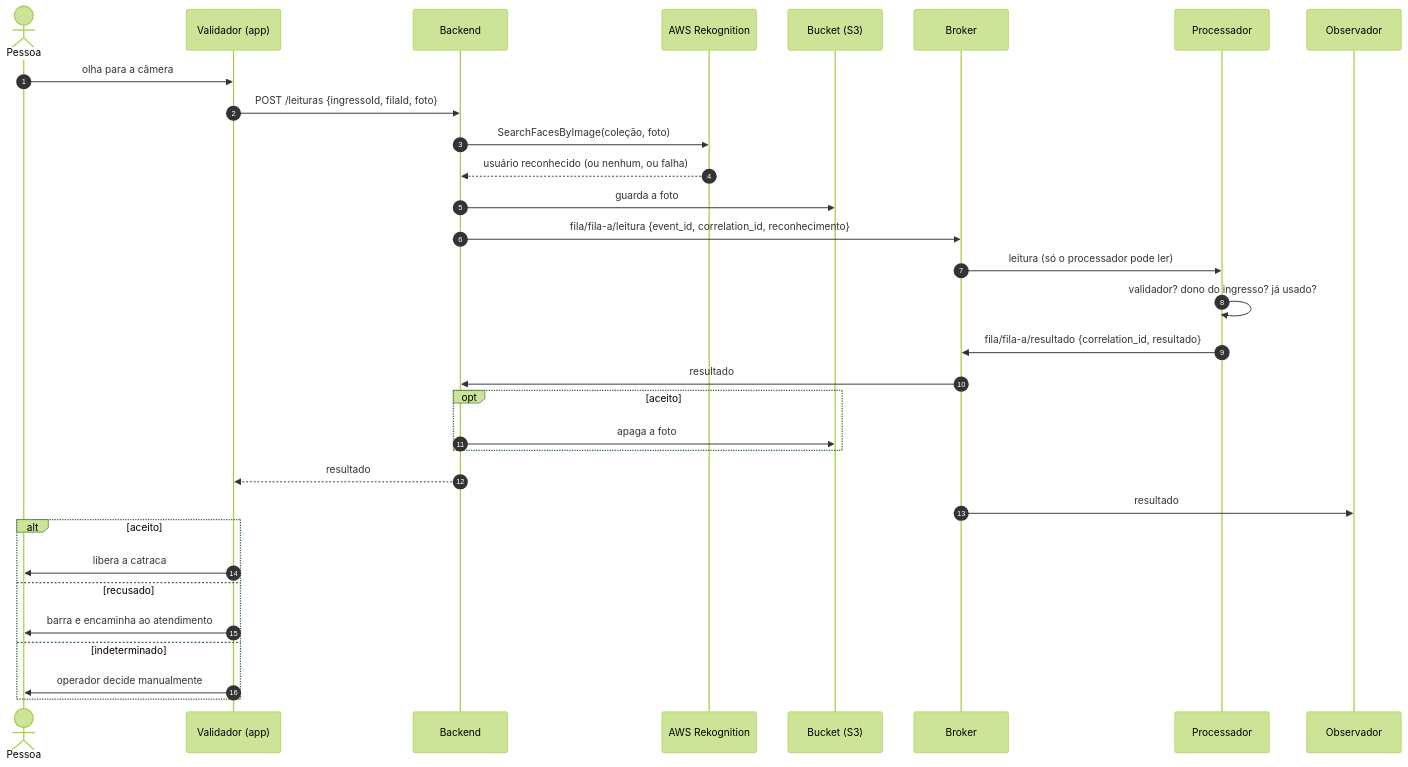
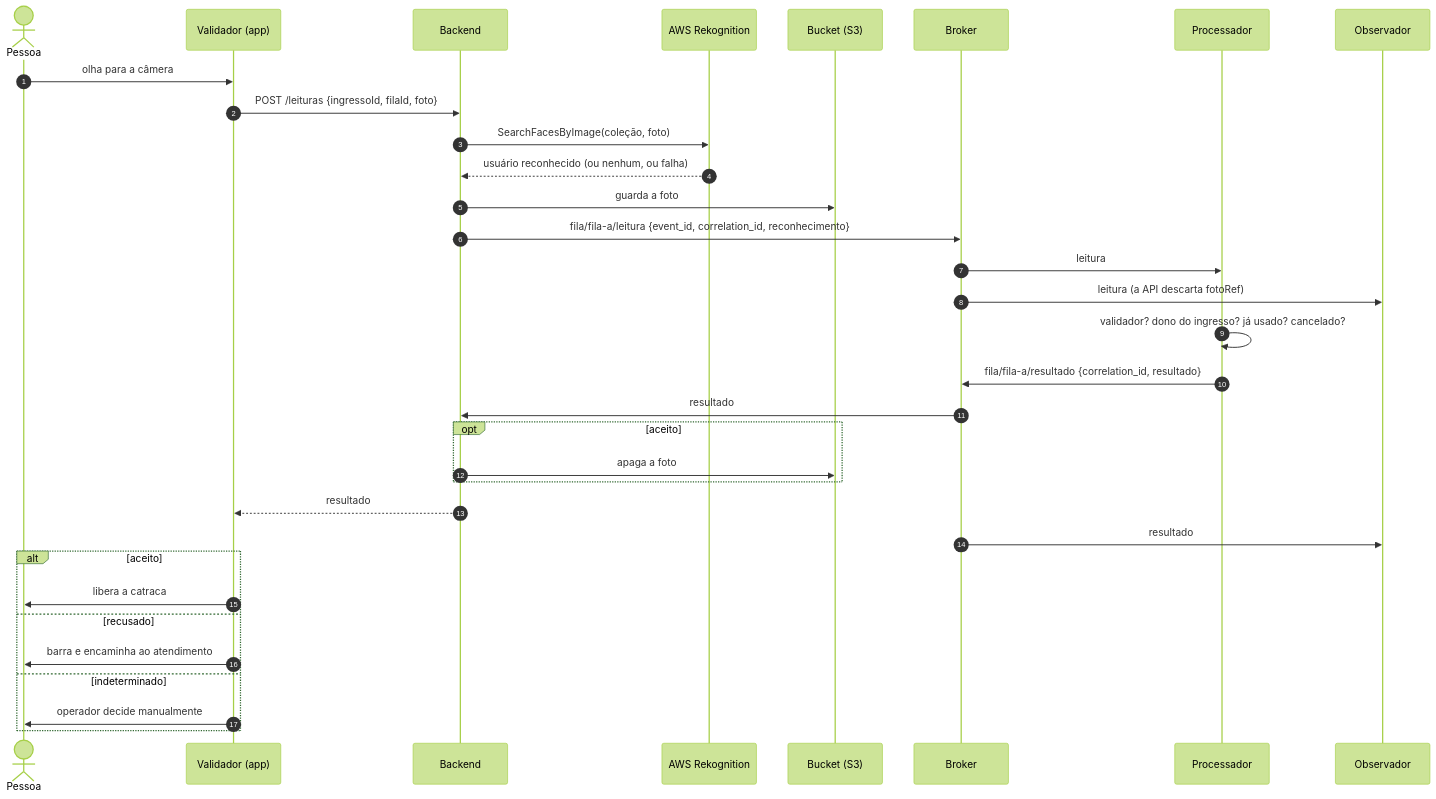
One commit to UFG-INF-SSU-2026/Leite-de-Pedra changed the fourth of 8 diagrams in docs/ARQUITETURA.md. Above: the diagram before and after it, drawn with Mermaid (forest theme). The commit also changed other lines of this file and 7 other files, not shown here.

````diff
--- a/docs/ARQUITETURA.md
+++ b/docs/ARQUITETURA.md
@@ -178,35 +185,36 @@
 ```mermaid
 sequenceDiagram
     autonumber
     actor Pessoa
     participant V as Validador (app)
     participant K as Backend
     participant R as AWS Rekognition
     participant S3 as Bucket (S3)
     participant B as Broker
     participant C as Processador
     participant O as Observador
 
     Pessoa->>V: olha para a câmera
     V->>K: POST /leituras {ingressoId, filaId, foto}
     K->>R: SearchFacesByImage(coleção, foto)
     R-->>K: usuário reconhecido (ou nenhum, ou falha)
     K->>S3: guarda a foto
     K->>B: fila/fila-a/leitura {event_id, correlation_id, reconhecimento}
-    B->>C: leitura (só o processador pode ler)
-    C->>C: validador? dono do ingresso? já usado?
+    B->>C: leitura
+    B->>O: leitura (a API descarta fotoRef)
+    C->>C: validador? dono do ingresso? já usado? cancelado?
     C->>B: fila/fila-a/resultado {correlation_id, resultado}
     B->>K: resultado
     opt aceito
         K->>S3: apaga a foto
     end
     K-->>V: resultado
     B->>O: resultado
     alt aceito
         V->>Pessoa: libera a catraca
     else recusado
         V->>Pessoa: barra e encaminha ao atendimento
     else indeterminado
         V->>Pessoa: operador decide manualmente
     end
 ```
````
